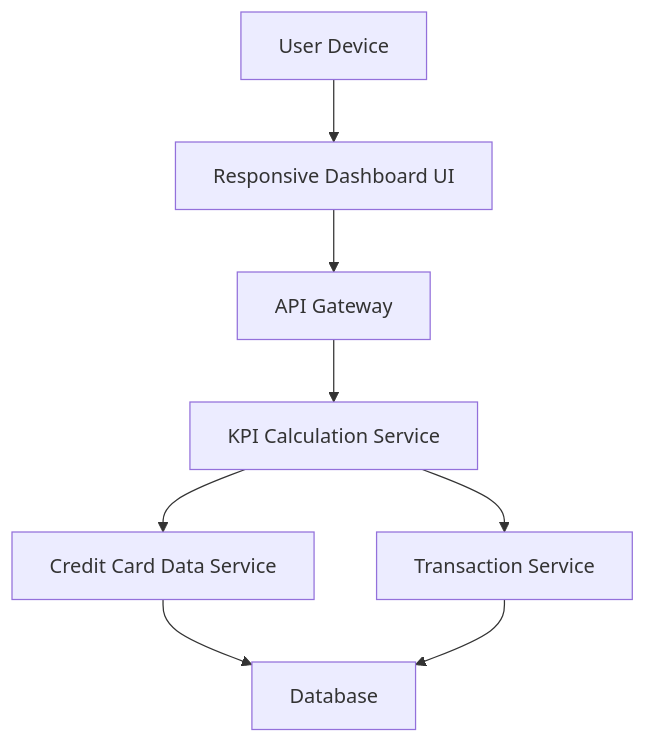
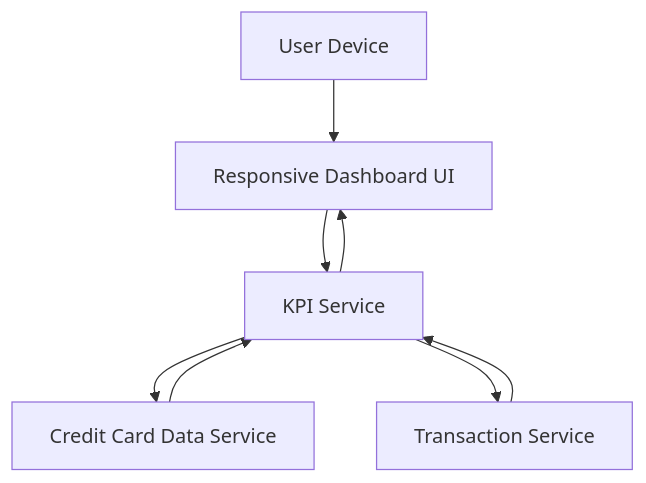
Before and after one commit to AAVA-Demo/APB_Demo: the diagram in HLD/QE-7729_HLD.md, drawn with Mermaid. The commit also changed other lines of this file and 5 other files, not shown here.

````diff
--- a/HLD/QE-7729_HLD.md
+++ b/HLD/QE-7729_HLD.md
@@ -7,17 +6,15 @@
 ```mermaid
 flowchart TD
     A["User Device"]
     B["Responsive Dashboard UI"]
-    C["API Gateway"]
-    D["KPI Calculation Service"]
-    E["Credit Card Data Service"]
-    F["Transaction Service"]
-    G["Database"]
+    C["KPI Service"]
+    D["Credit Card Data Service"]
+    E["Transaction Service"]
     A --> B
     B --> C
     C --> D
-    D --> E
-    D --> F
-    E --> G
-    F --> G
+    C --> E
+    D --> C
+    E --> C
+    C --> B
 ```
````
